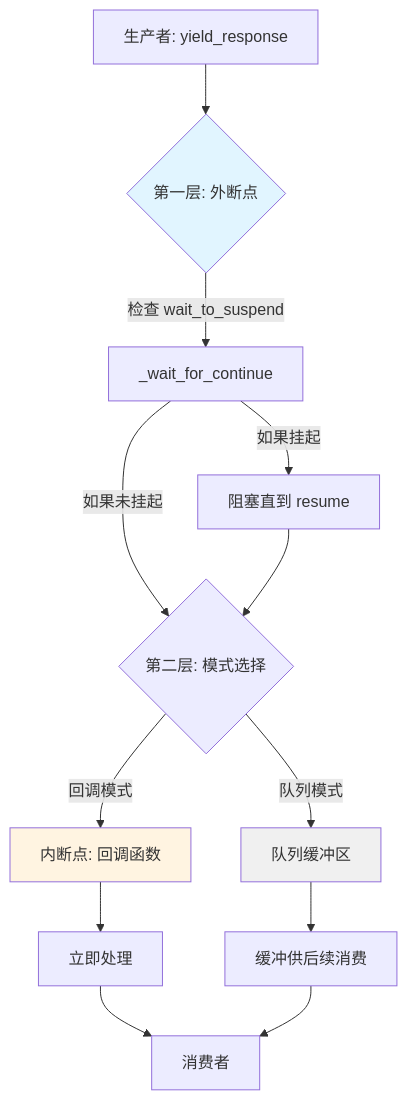
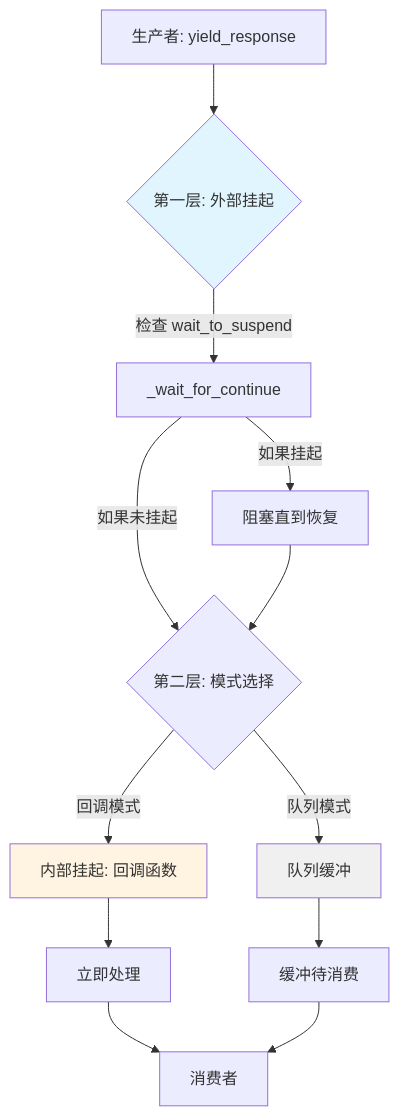
Before and after one commit to AmritaBot/AmritaCore: the diagram in docs/docs/zh/guide/concepts/suspend.md, drawn with Mermaid. The commit also changed other lines of this file and 160 other files, not shown here.

````diff
--- a/docs/docs/zh/guide/concepts/suspend.md
+++ b/docs/docs/zh/guide/concepts/suspend.md
@@ -38,18 +52,18 @@
 ```mermaid
 graph TD
-    A[生产者: yield_response] --> B{第一层: 外断点}
+    A[生产者: yield_response] --> B{第一层: 外部挂起}
     B -->|检查 wait_to_suspend| C[_wait_for_continue]
-    C -->|如果挂起| D[阻塞直到 resume]
+    C -->|如果挂起| D[阻塞直到恢复]
     C -->|如果未挂起| E{第二层: 模式选择}
     D --> E
-    E -->|回调模式| F[内断点: 回调函数]
-    E -->|队列模式| G[队列缓冲区]
+    E -->|回调模式| F[内部挂起: 回调函数]
+    E -->|队列模式| G[队列缓冲]
     F --> H[立即处理]
-    G --> I[缓冲供后续消费]
+    G --> I[缓冲待消费]
     H --> J[消费者]
     I --> J
 
     style B fill:#e1f5ff
     style F fill:#fff4e1
     style G fill:#f0f0f0
 ```
````
